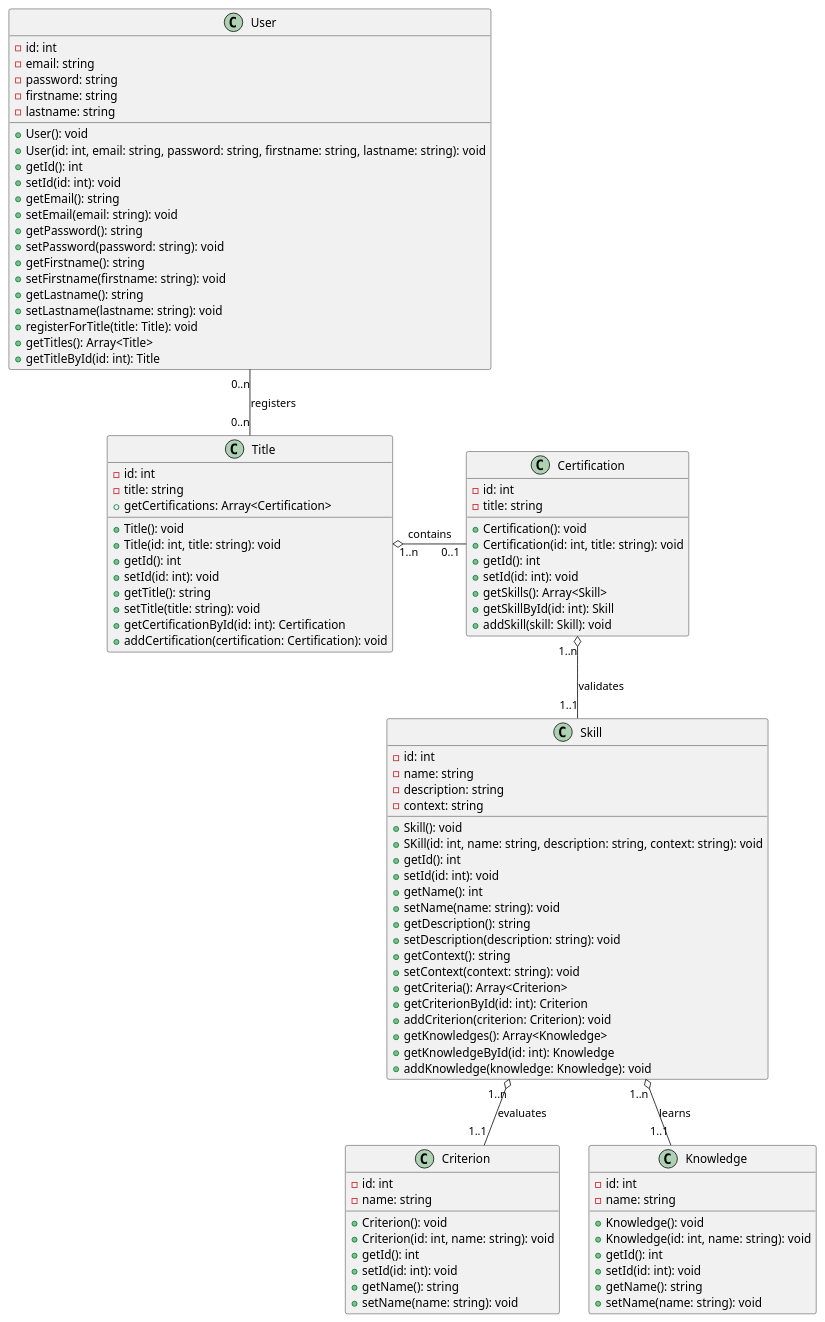
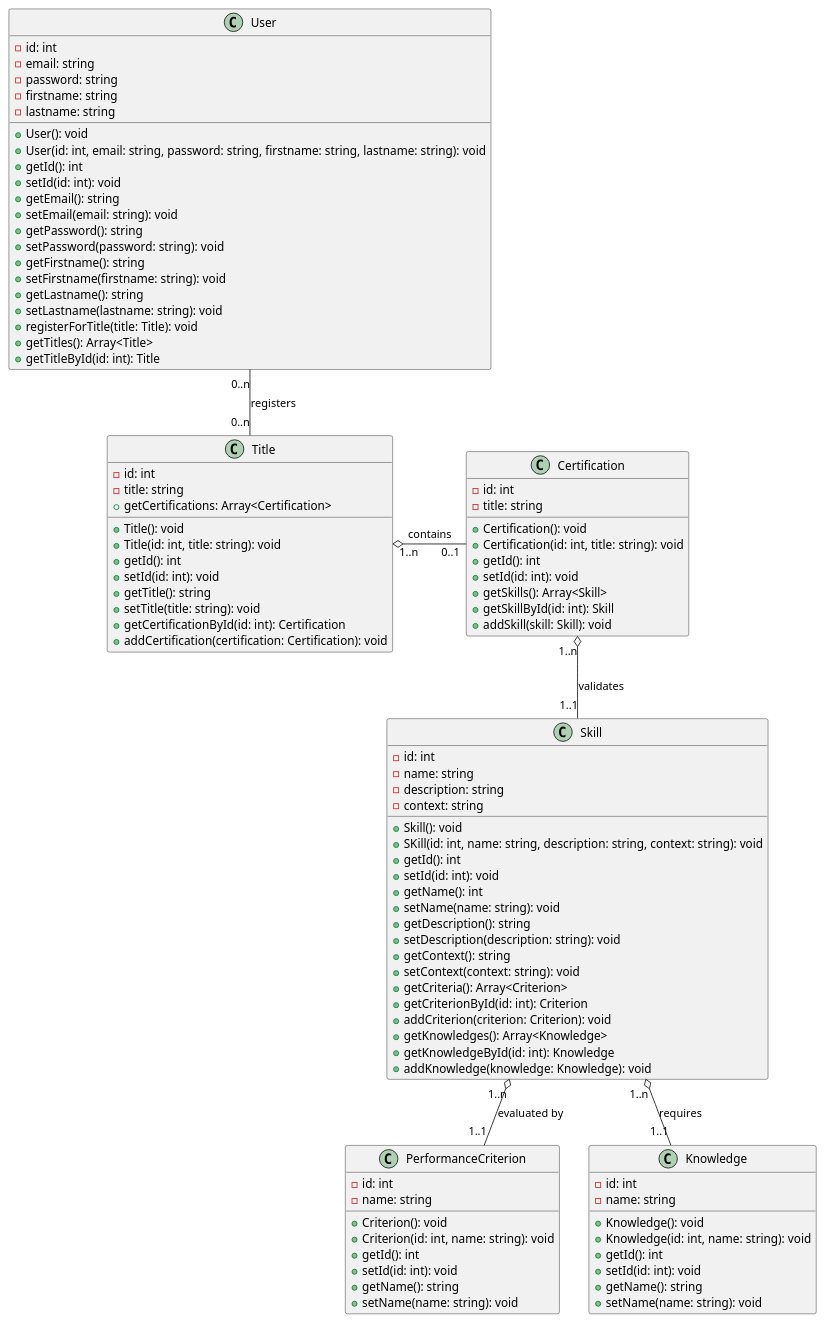
One commit to nicolaskempf57/proparation changed the diagram in diagrams/classes/webapp.puml. Above: the diagram before and after it, drawn with PlantUML.

Commit message:
feat: change name for better readability

```diff
--- a/diagrams/classes/webapp.puml
+++ b/diagrams/classes/webapp.puml
@@ -1,105 +1,105 @@
 @startuml
 class User {
     -id: int
     -email: string
     -password: string
     -firstname: string
     -lastname: string
     +User(): void
     +User(id: int, email: string, password: string, firstname: string, lastname: string): void
     +getId(): int
     +setId(id: int): void
     +getEmail(): string
     +setEmail(email: string): void
     +getPassword(): string
     +setPassword(password: string): void
     +getFirstname(): string
     +setFirstname(firstname: string): void
     +getLastname(): string
     +setLastname(lastname: string): void
     +registerForTitle(title: Title): void
     +getTitles(): Array<Title>
     +getTitleById(id: int): Title
 }
 
 class Title {
     -id: int
     -title: string
     +Title(): void
     +Title(id: int, title: string): void
     +getId(): int
     +setId(id: int): void
     +getTitle(): string
     +setTitle(title: string): void
     +getCertifications: Array<Certification>
     +getCertificationById(id: int): Certification
     +addCertification(certification: Certification): void
 }
 
 User "0..n" -- "0..n" Title : registers
 
 class Certification {
     -id: int
     -title: string
     +Certification(): void
     +Certification(id: int, title: string): void
     +getId(): int
     +setId(id: int): void
     +getSkills(): Array<Skill>
     +getSkillById(id: int): Skill
     +addSkill(skill: Skill): void
 }
 
 Title "1..n" o-r- "0..1" Certification : contains
 
 class Skill {
     -id: int
     -name: string
     -description: string
     -context: string
     +Skill(): void
     +SKill(id: int, name: string, description: string, context: string): void
     +getId(): int
     +setId(id: int): void
     +getName(): int
     +setName(name: string): void
     +getDescription(): string
     +setDescription(description: string): void
     +getContext(): string
     +setContext(context: string): void
     +getCriteria(): Array<Criterion>
     +getCriterionById(id: int): Criterion
     +addCriterion(criterion: Criterion): void
     +getKnowledges(): Array<Knowledge>
     +getKnowledgeById(id: int): Knowledge
     +addKnowledge(knowledge: Knowledge): void
 }
 
 Certification "1..n" o-- "1..1" Skill : validates
 
-class Criterion {
+class PerformanceCriterion {
     -id: int
     -name: string
     +Criterion(): void
     +Criterion(id: int, name: string): void
     +getId(): int
     +setId(id: int): void
     +getName(): string
     +setName(name: string): void
 }
 
-Skill "1..n" o-- "1..1" Criterion : evaluates
+Skill "1..n" o-- "1..1" PerformanceCriterion : evaluated by
 
 class Knowledge {
     -id: int
     -name: string
     +Knowledge(): void
     +Knowledge(id: int, name: string): void
     +getId(): int
     +setId(id: int): void
     +getName(): string
     +setName(name: string): void
 }
 
-Skill "1..n" o-- "1..1" Knowledge : learns
+Skill "1..n" o-- "1..1" Knowledge : requires
 @enduml
```
